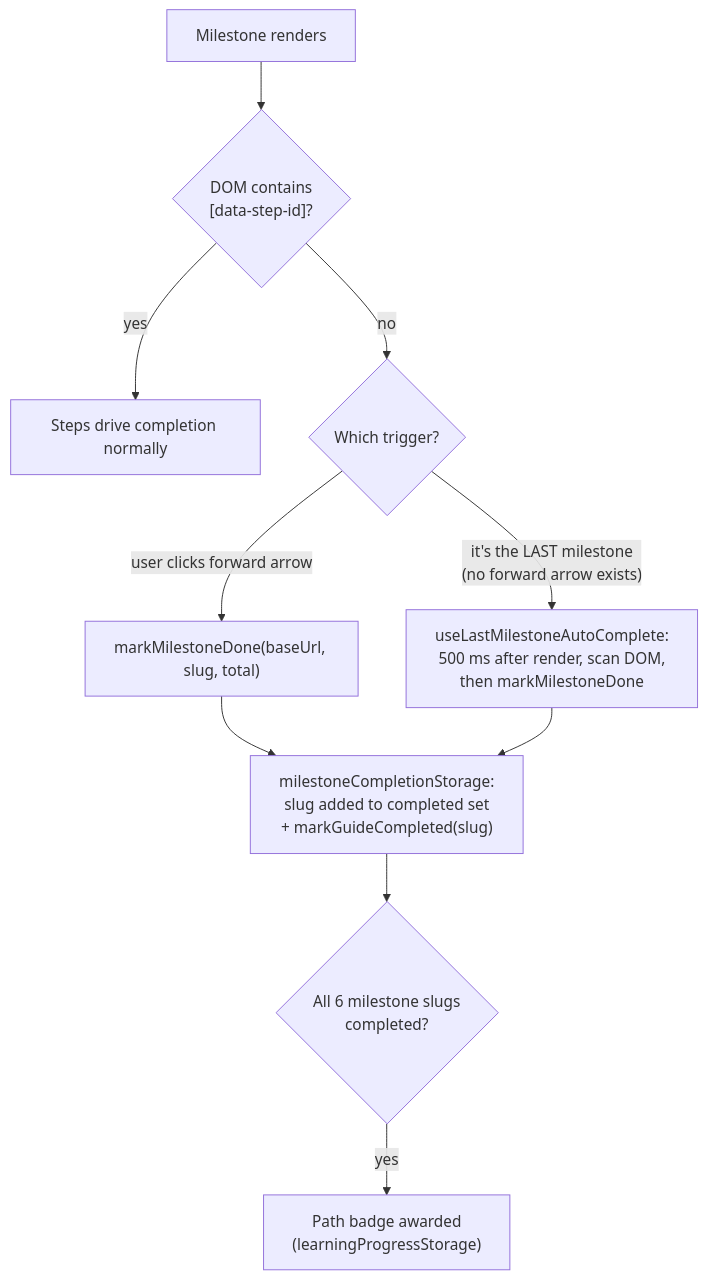
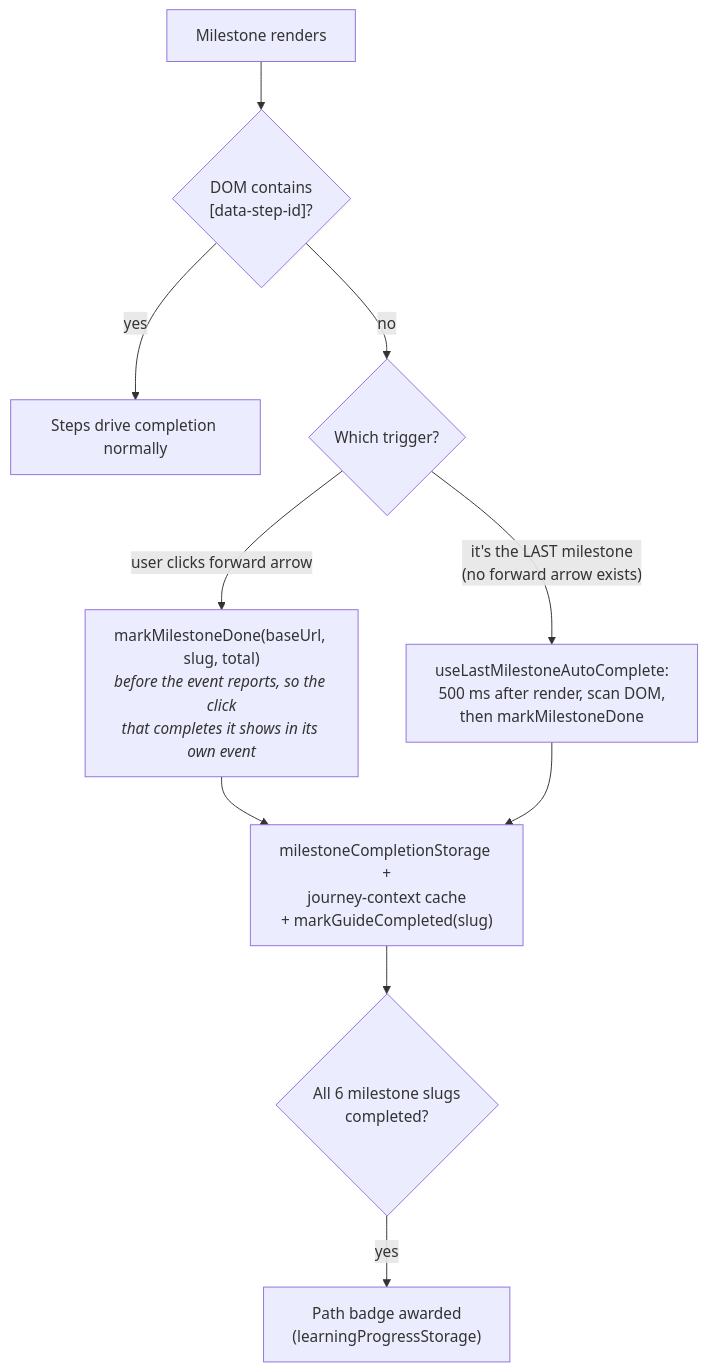
Before and after one commit to grafana/grafana-pathfinder-app: the fourth of 4 diagrams in docs/developer/COMPLETION_METRICS.md, drawn with Mermaid. The commit also changed other lines of this file and 21 other files, not shown here.

First line of the commit message:
fix(analytics): make journey completion_percentage step-driven

````diff
--- a/docs/developer/COMPLETION_METRICS.md
+++ b/docs/developer/COMPLETION_METRICS.md
@@ -116,12 +132,12 @@
 ```mermaid
 flowchart TD
     A["Milestone renders"] --> B{"DOM contains<br/>[data-step-id]?"}
     B -- yes --> C["Steps drive completion normally"]
     B -- no --> D{"Which trigger?"}
-    D -- "user clicks forward arrow" --> E["markMilestoneDone(baseUrl, slug, total)"]
+    D -- "user clicks forward arrow" --> E["markMilestoneDone(baseUrl, slug, total)<br/><i>before the event reports, so the click<br/>that completes it shows in its own event</i>"]
     D -- "it's the LAST milestone<br/>(no forward arrow exists)" --> F["useLastMilestoneAutoComplete:<br/>500 ms after render, scan DOM,<br/>then markMilestoneDone"]
-    E --> G["milestoneCompletionStorage:<br/>slug added to completed set<br/>+ markGuideCompleted(slug)"]
+    E --> G["milestoneCompletionStorage +<br/>journey-context cache<br/>+ markGuideCompleted(slug)"]
     F --> G
     G --> H{"All 6 milestone slugs<br/>completed?"}
     H -- yes --> I["Path badge awarded<br/>(learningProgressStorage)"]
 ```
````
